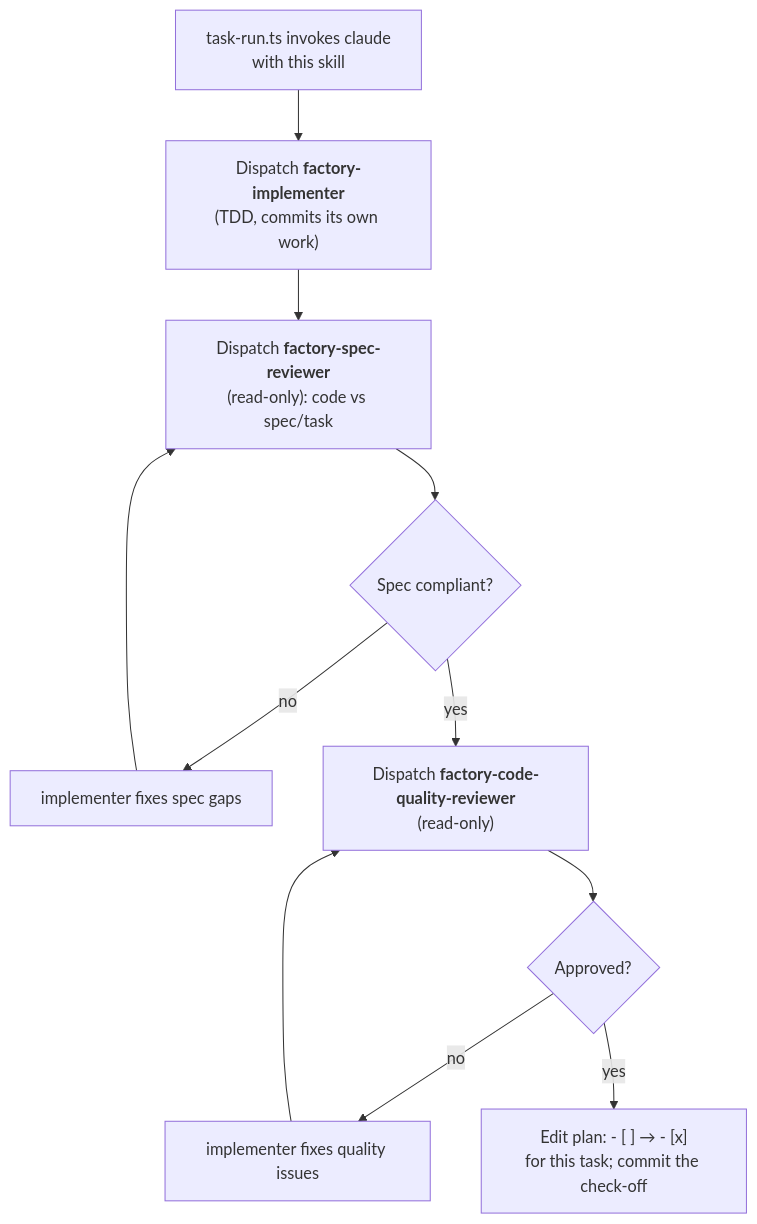
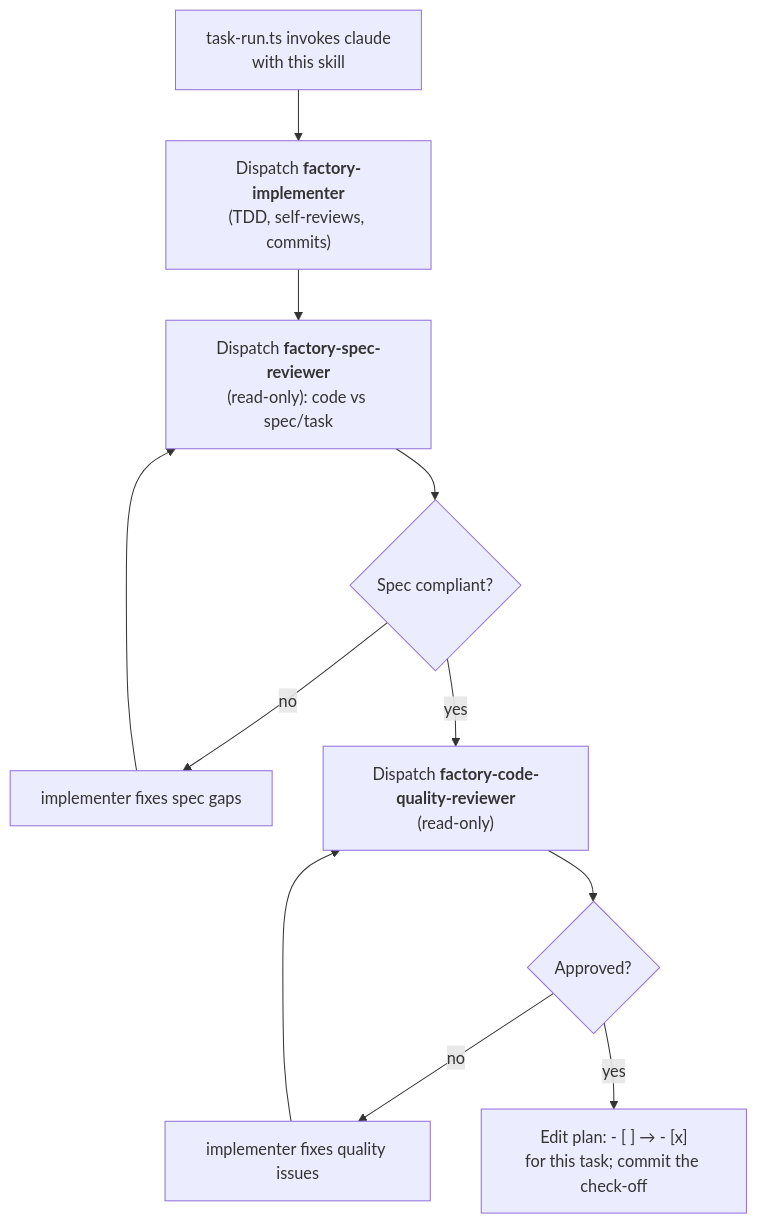
Before and after one commit to jost-kuenzel/claude-workshop: the second of 2 diagrams in .claude/skills/factory-implement-task/SKILL.md, drawn with Mermaid. The commit also changed other lines of this file and 8 other files, not shown here.

````diff
--- a/.claude/skills/factory-implement-task/SKILL.md
+++ b/.claude/skills/factory-implement-task/SKILL.md
@@ -25,13 +25,13 @@
 ```mermaid
 flowchart TD
-    S["task-run.ts invokes claude<br/>with this skill"] --> I["Dispatch <b>factory-implementer</b><br/>(TDD, commits its own work)"]
+    S["task-run.ts invokes claude<br/>with this skill"] --> I["Dispatch <b>factory-implementer</b><br/>(TDD, self-reviews, commits)"]
     I --> SR["Dispatch <b>factory-spec-reviewer</b><br/>(read-only): code vs spec/task"]
     SR --> SRq{Spec compliant?}
     SRq -- no --> IF["implementer fixes spec gaps"]
     IF --> SR
     SRq -- yes --> CQ["Dispatch <b>factory-code-quality-reviewer</b><br/>(read-only)"]
     CQ --> CQq{Approved?}
     CQq -- no --> IQ["implementer fixes quality issues"]
     IQ --> CQ
     CQq -- yes --> D["Edit plan: - [ ] → - [x]<br/>for this task; commit the check-off"]
 ```
````
